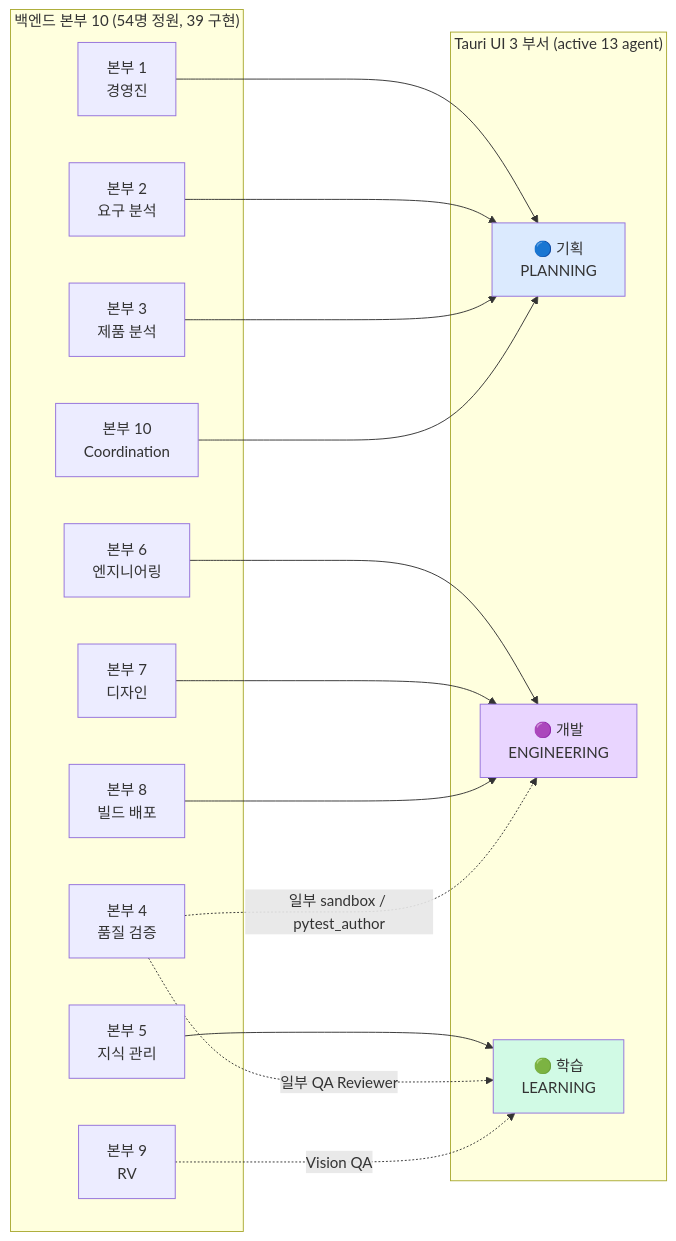
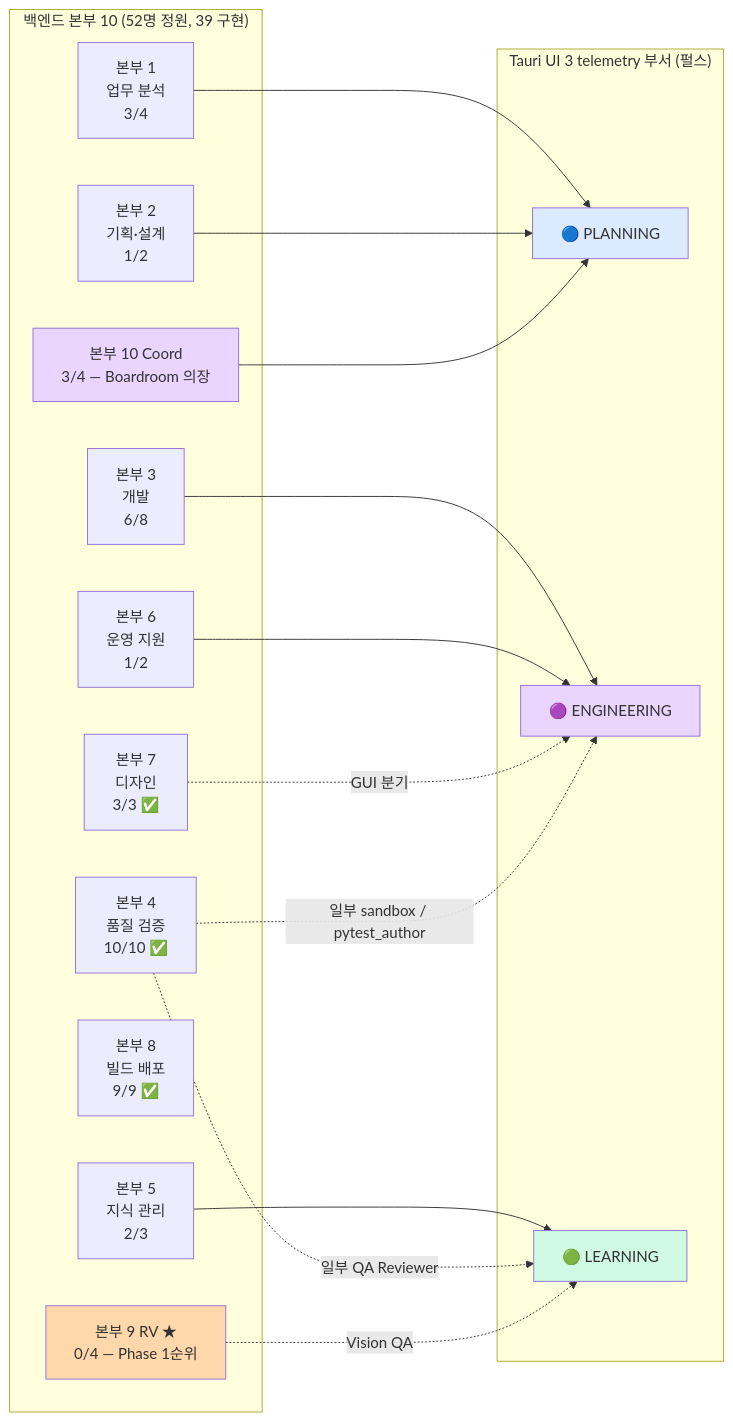
One commit to SongJongwon/nexus-alpha changed the second of 2 diagrams in docs/architecture/agent_org_chart.md. Above: the diagram before and after it, drawn with Mermaid. The commit also changed other lines of this file and 4 other files, not shown here.

First line of the commit message:
📐 docs: v13 동기화 — 5 docs 일괄 갱신 (구성안 v8 신설 + agent_org_chart + phase_progress + system_architecture + WORK_STATUS) (#214)

````diff
--- a/docs/architecture/agent_org_chart.md
+++ b/docs/architecture/agent_org_chart.md
@@ -72,39 +80,40 @@
 ```mermaid
 graph LR
-    subgraph backend["백엔드 본부 10 (54명 정원, 39 구현)"]
-        H1[본부 1<br/>경영진]
-        H2[본부 2<br/>요구 분석]
-        H3[본부 3<br/>제품 분석]
-        H4[본부 4<br/>품질 검증]
-        H5[본부 5<br/>지식 관리]
-        H6[본부 6<br/>엔지니어링]
-        H7[본부 7<br/>디자인]
-        H8[본부 8<br/>빌드 배포]
-        H9[본부 9<br/>RV]
-        H10[본부 10<br/>Coordination]
+    subgraph backend["백엔드 본부 10 (52명 정원, 39 구현)"]
+        H1[본부 1<br/>업무 분석<br/>3/4]
+        H2[본부 2<br/>기획·설계<br/>1/2]
+        H3[본부 3<br/>개발<br/>6/8]
+        H4[본부 4<br/>품질 검증<br/>10/10 ✅]
+        H5[본부 5<br/>지식 관리<br/>2/3]
+        H6[본부 6<br/>운영 지원<br/>1/2]
+        H7[본부 7<br/>디자인<br/>3/3 ✅]
+        H8[본부 8<br/>빌드 배포<br/>9/9 ✅]
+        H9[본부 9 RV ★<br/>0/4 — Phase 1순위]
+        H10[본부 10 Coord<br/>3/4 — Boardroom 의장]
     end
 
-    subgraph ui["Tauri UI 3 부서 (active 13 agent)"]
-        UP[🔵 기획<br/>PLANNING]
-        UE[🟣 개발<br/>ENGINEERING]
-        UL[🟢 학습<br/>LEARNING]
+    subgraph ui["Tauri UI 3 telemetry 부서 (펄스)"]
+        UP[🔵 PLANNING]
+        UE[🟣 ENGINEERING]
+        UL[🟢 LEARNING]
     end
 
     H1 --> UP
     H2 --> UP
-    H3 --> UP
     H10 --> UP
 
+    H3 --> UE
     H6 --> UE
-    H7 --> UE
-    H8 --> UE
+    H7 -.->|GUI 분기| UE
     H4 -.->|일부 sandbox / pytest_author| UE
 
     H5 --> UL
     H4 -.->|일부 QA Reviewer| UL
     H9 -.->|Vision QA| UL
 
     style UP fill:#dbeafe
     style UE fill:#e9d5ff
     style UL fill:#d1fae5
+    style H9 fill:#fed7aa
+    style H10 fill:#e9d5ff
 ```
````
